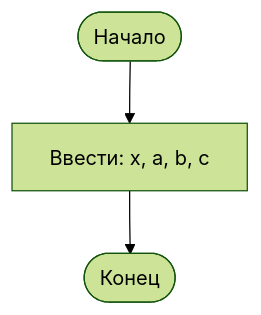
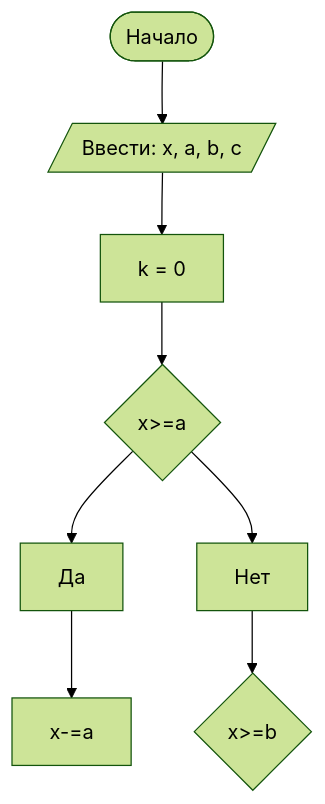
The diagram in README.md (DariaVazh/Lab1), drawn with Mermaid (forest theme) before and after one commit.

````diff
--- a/README.md
+++ b/README.md
@@ -42,5 +42,8 @@
 ```mermaid
 graph TD
-    A([Начало]) --> B[Ввести: x, a, b, c]
-    B --> C([Конец])
+    A([Начало]) --> B[/Ввести: x, a, b, c/]
+    B --> C[k = 0]
+    C --> D{x>=a}
+    D --> Да --> E[x-=a]
+    D --> Нет --> F{x>=b}
 ``` 
````
